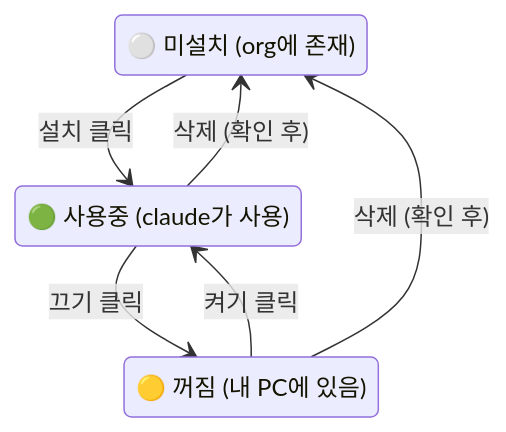
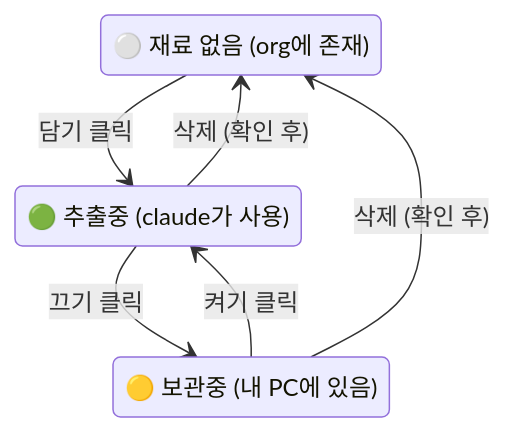
One commit to ageokim/plugin_market changed the seventh of 11 diagrams in docs/Scenario.md. Above: the diagram before and after it, drawn with Mermaid. The commit also changed other lines of this file and 328 other files, not shown here.

````diff
--- a/docs/Scenario.md
+++ b/docs/Scenario.md
@@ -238,12 +238,12 @@
 ```mermaid
 stateDiagram-v2
-    Available: ⚪ 미설치 (org에 존재)
-    Installed: 🟡 꺼짐 (내 PC에 있음)
-    Enabled: 🟢 사용중 (claude가 사용)
+    Available: ⚪ 재료 없음 (org에 존재)
+    Installed: 🟡 보관중 (내 PC에 있음)
+    Enabled: 🟢 추출중 (claude가 사용)
 
-    Available --> Enabled : 설치 클릭
+    Available --> Enabled : 담기 클릭
     Enabled --> Installed : 끄기 클릭
     Installed --> Enabled : 켜기 클릭
     Installed --> Available : 삭제 (확인 후)
     Enabled --> Available : 삭제 (확인 후)
 ```
````
